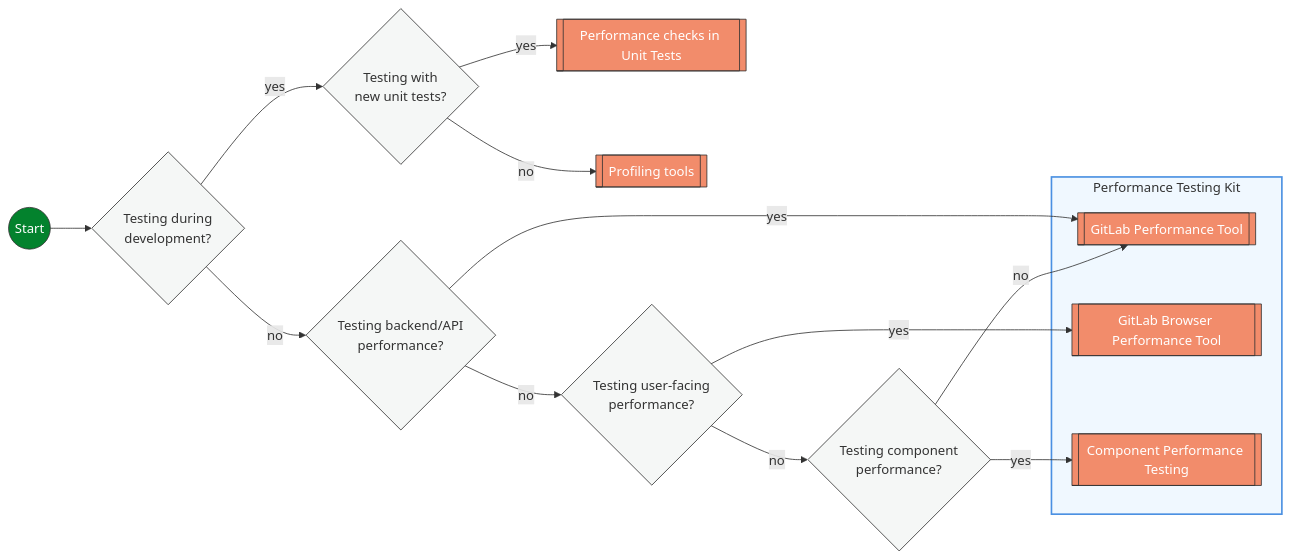
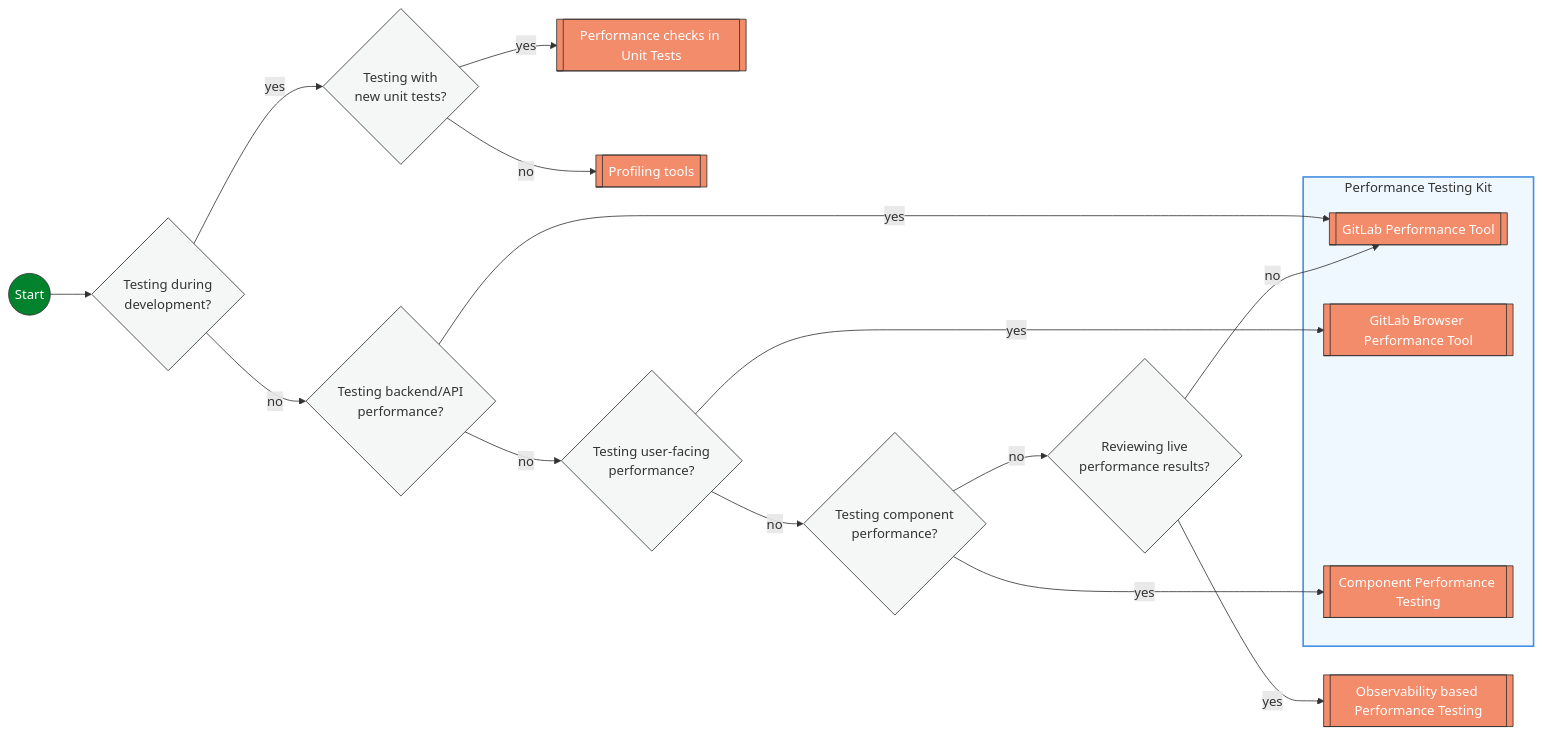
Before and after one commit to zalyoung/gitlab-handbook: the diagram in content/handbook/engineering/testing/performance.md, drawn with Mermaid.

Commit message:
Adding back Observability

````diff
--- a/content/handbook/engineering/testing/performance.md
+++ b/content/handbook/engineering/testing/performance.md
@@ -9,60 +9,66 @@
 ```mermaid
 flowchart LR
   subgraph PTK["Performance Testing Kit"]
     GPT[[GitLab Performance Tool]]
     GBPT[[GitLab Browser Performance Tool]]
     CPT[[Component Performance Testing]]
   end
 
   START((Start))
   UNIT[[Performance checks in Unit Tests]]
   PROFILE[[Profiling tools]]
+  OBSERVE_TEST[[Observability based Performance Testing]]
 
   SPECS{Testing with\nnew unit tests?}
   BUILT{Testing during\ndevelopment?}
   UI{Testing user-facing\nperformance?}
   ENV{Testing backend/API\nperformance?}
   COMPONENT{Testing component\nperformance?}
+  OBSERVABILITY{Reviewing live\nperformance results?}
 
   START --> BUILT
   BUILT -- no --> ENV
   BUILT -- yes --> SPECS
   SPECS -- yes --> UNIT
   SPECS -- no --> PROFILE
 
   UI -- yes --> GBPT
   UI -- no --> COMPONENT
 
   COMPONENT -- yes --> CPT
-  COMPONENT -- no --> GPT
+  COMPONENT -- no --> OBSERVABILITY
+
+  OBSERVABILITY -- yes --> OBSERVE_TEST
+  OBSERVABILITY -- no --> GPT
 
   ENV -- yes --> GPT
   ENV -- no --> UI
 
   %% Class definition
   classDef decision fill:#f5f7f6,stroke:#333,stroke-width:1px,rx:5px;
   classDef tool fill:#F28C6B,stroke:#333,stroke-width:1px,color:white,rx:5px;
   classDef start fill:#03822d,stroke:#333,stroke-width:1px,color:white,rx:10px;
   classDef kitStyle fill:#f0f8ff,stroke:#4a90e2,stroke-width:2px,color:#333;
 
-  class UI,ENV,BUILT,COMPONENT,SPECS decision;
-  class GBPT,CPT,GPT,PROFILE,UNIT tool;
+  class UI,ENV,BUILT,COMPONENT,SPECS,OBSERVABILITY decision;
+  class GBPT,CPT,GPT,PROFILE,UNIT,OBSERVE_TEST tool;
   class START start;
   class PTK kitStyle;
 
   %% Tool tooltips with links
   click GPT "#system-level-load-testing" "GitLab Performance Tool - Load testing for GitLab instances and reference architectures"
   click GBPT "#client-side-performance-testing" "Browser performance testing using SiteSpeed.io to measure user-facing performance"
   click CPT "#component-performance-testing" "Load testing for specific subsystems or components like Gitaly"
   click PROFILE "#profiling-tools" "Ruby profiling tools: ruby-prof, stackprof, memory_profiler, rbspy, and others"
+  click OBSERVE_TEST "https://handbook.gitlab.com/handbook/engineering/testing/observability_performance/" "Using existing Observability for Performance"
 
   %% Decision node tooltips
   click BUILT "javascript:void(0)" "Is the code/feature still under active development? Use early-stage performance tools if yes."
   click SPECS "javascript:void(0)" "Are you writing new test specifications or adding performance assertions to existing tests?"
   click UI "javascript:void(0)" "Are you primarily testing user-facing performance like page load times and UI responsiveness?"
   click ENV "javascript:void(0)" "Are you testing server-side performance like API response times, database queries, or system throughput?"
   click COMPONENT "javascript:void(0)" "Are you testing an isolated component or subsystem rather than the full GitLab application?"
 
   %% Unit testing tooltip
   click UNIT "#performance-unit-testing" "Add performance assertions and benchmarks directly within your unit test suite for fast feedback"
 ```
````
